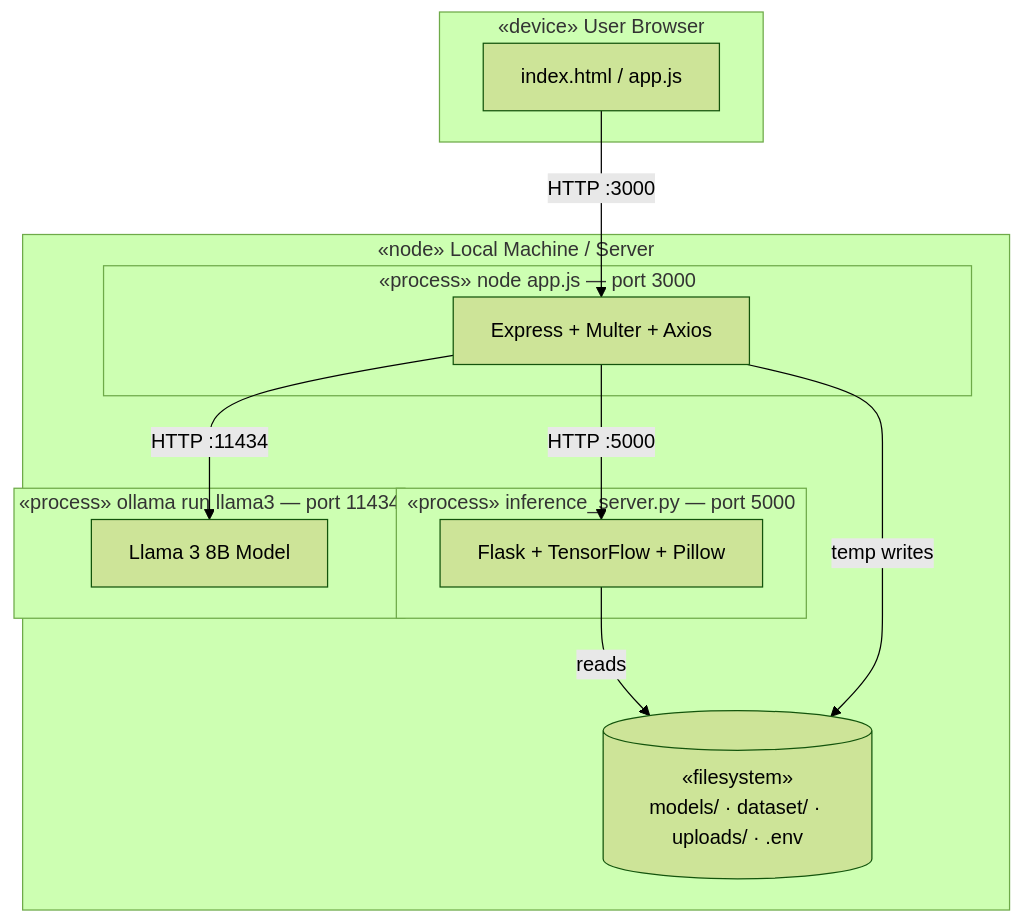
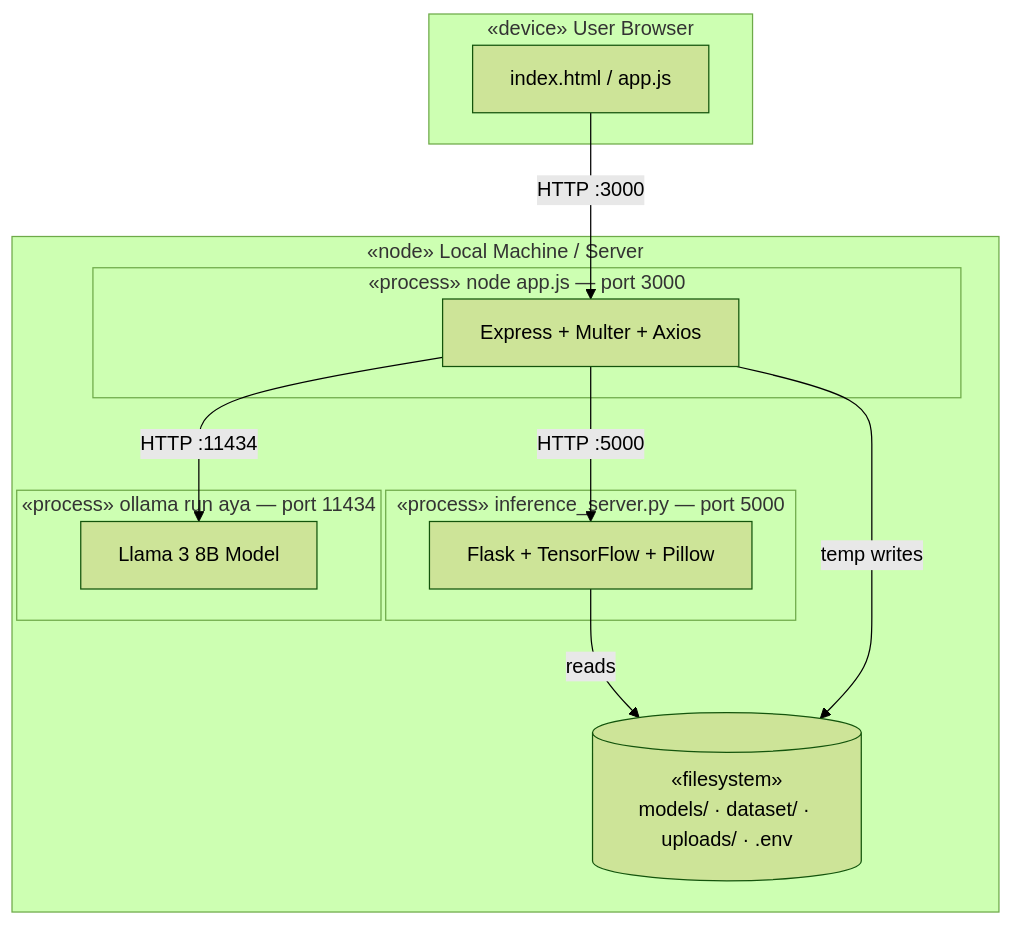
The sixth of 6 diagrams in README.md (youssef-mahdy-dev/Flora), drawn with Mermaid (forest theme) before and after one commit. The commit also changed other lines of this file, not shown here.

````diff
--- a/README.md
+++ b/README.md
@@ -198,25 +198,25 @@
 ```mermaid
 graph TB
     subgraph Device["«device» User Browser"]
         WEB[index.html / app.js]
     end
 
     subgraph Server["«node» Local Machine / Server"]
         subgraph P1["«process» node app.js — port 3000"]
             EX[Express + Multer + Axios]
         end
         subgraph P2["«process» inference_server.py — port 5000"]
             FL[Flask + TensorFlow + Pillow]
         end
-        subgraph P3["«process» ollama run llama3 — port 11434"]
+        subgraph P3["«process» ollama run aya — port 11434"]
             LL[Llama 3 8B Model]
         end
         FS[("«filesystem»\nmodels/ · dataset/ · uploads/ · .env")]
     end
 
     WEB -->|HTTP :3000| EX
     EX -->|HTTP :5000| FL
     EX -->|HTTP :11434| LL
     FL -->|reads| FS
     EX -->|temp writes| FS
 ```
````
